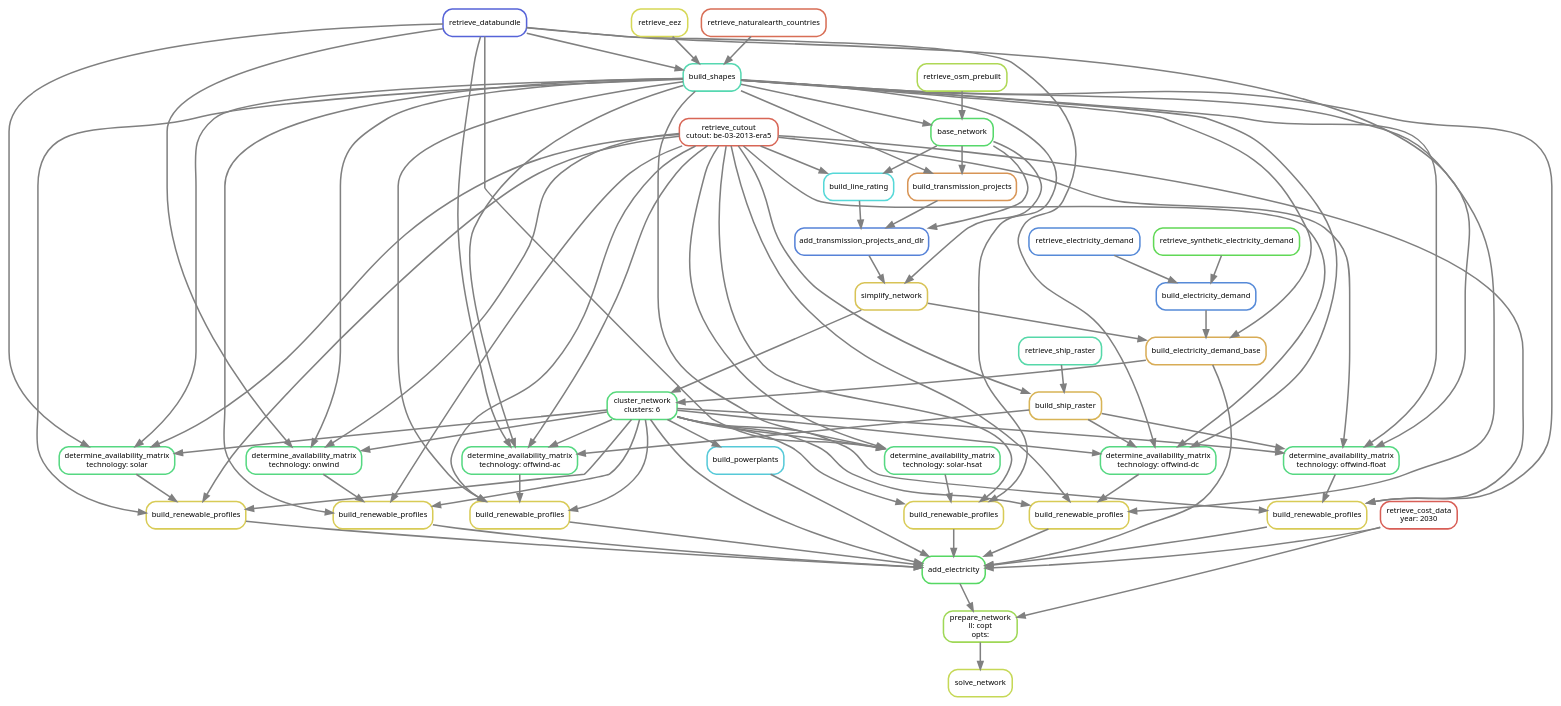
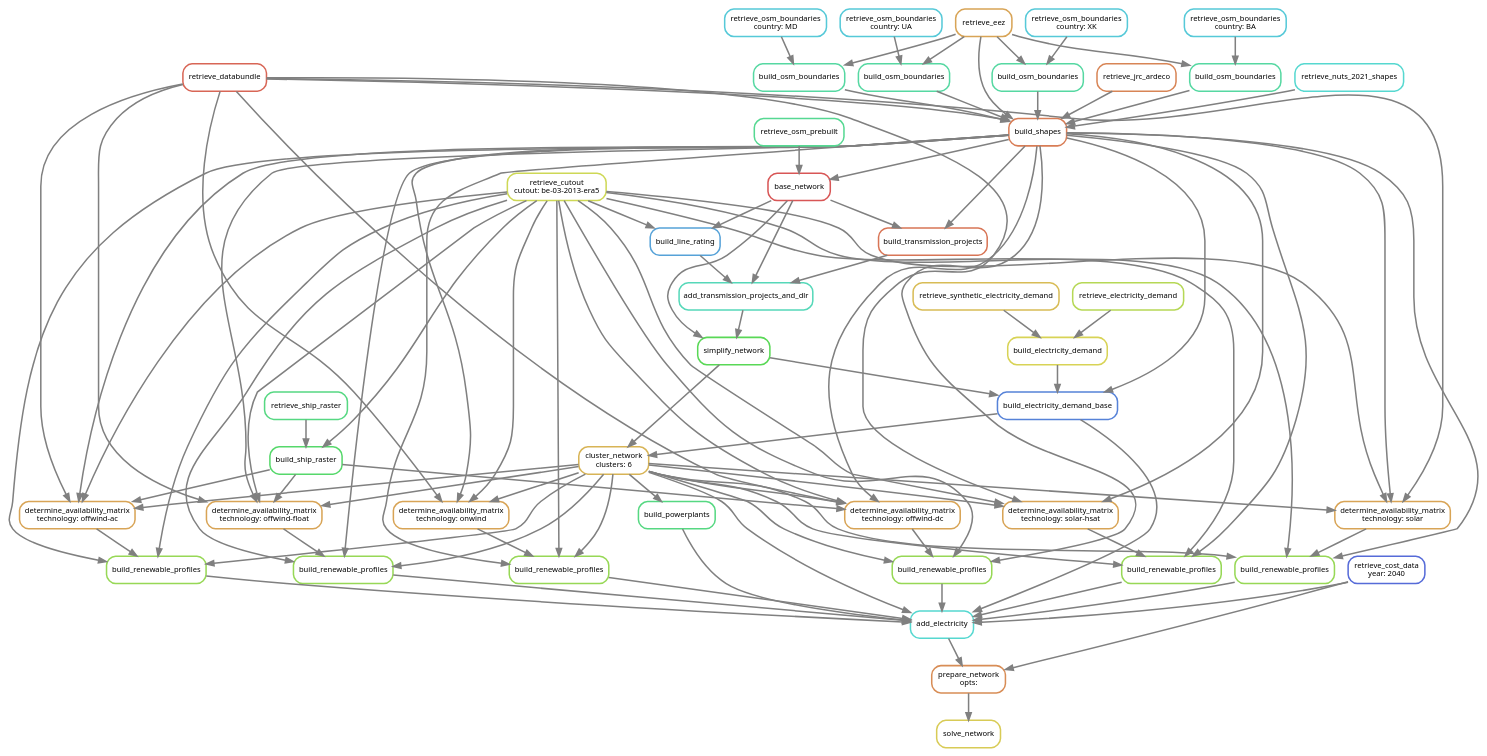
Before and after one commit to AGGM-AG/pypsa-at: the diagram in doc/tutorial.rst, drawn with Graphviz. The commit also changed other lines of this file and 64 other files, not shown here.

```diff
--- a/doc/tutorial.rst
+++ b/doc/tutorial.rst
@@ -132,127 +132,149 @@
         graph[bgcolor=white, margin=0];
         node[shape=box, style=rounded, fontname=sans,                 fontsize=10, penwidth=2];
         edge[penwidth=2, color=grey];
-            0[label = "solve_network", color = "0.19 0.6 0.85", style="rounded"];
-            1[label = "prepare_network\nll: copt\nopts: ", color = "0.24 0.6 0.85", style="rounded"];
-            2[label = "add_electricity", color = "0.35 0.6 0.85", style="rounded"];
-            3[label = "build_renewable_profiles", color = "0.15 0.6 0.85", style="rounded"];
-            4[label = "determine_availability_matrix\ntechnology: solar", color = "0.39 0.6 0.85", style="rounded"];
-            5[label = "retrieve_databundle", color = "0.65 0.6 0.85", style="rounded"];
-            6[label = "build_shapes", color = "0.45 0.6 0.85", style="rounded"];
-            7[label = "retrieve_naturalearth_countries", color = "0.03 0.6 0.85", style="rounded"];
-            8[label = "retrieve_eez", color = "0.17 0.6 0.85", style="rounded"];
-            9[label = "cluster_network\nclusters: 6", color = "0.38 0.6 0.85", style="rounded"];
-            10[label = "simplify_network", color = "0.14 0.6 0.85", style="rounded"];
-            11[label = "add_transmission_projects_and_dlr", color = "0.61 0.6 0.85", style="rounded"];
-            12[label = "base_network", color = "0.36 0.6 0.85", style="rounded"];
-            13[label = "retrieve_osm_prebuilt", color = "0.22 0.6 0.85", style="rounded"];
-            14[label = "build_line_rating", color = "0.50 0.6 0.85", style="rounded"];
-            15[label = "retrieve_cutout\ncutout: be-03-2013-era5", color = "0.02 0.6 0.85", style="rounded"];
-            16[label = "build_transmission_projects", color = "0.08 0.6 0.85", style="rounded"];
-            17[label = "build_electricity_demand_base", color = "0.11 0.6 0.85", style="rounded"];
-            18[label = "build_electricity_demand", color = "0.60 0.6 0.85", style="rounded"];
-            19[label = "retrieve_electricity_demand", color = "0.60 0.6 0.85", style="rounded"];
-            20[label = "retrieve_synthetic_electricity_demand", color = "0.32 0.6 0.85", style="rounded"];
-            21[label = "build_renewable_profiles", color = "0.15 0.6 0.85", style="rounded"];
-            22[label = "determine_availability_matrix\ntechnology: solar-hsat", color = "0.39 0.6 0.85", style="rounded"];
-            23[label = "build_renewable_profiles", color = "0.15 0.6 0.85", style="rounded"];
-            24[label = "determine_availability_matrix\ntechnology: onwind", color = "0.39 0.6 0.85", style="rounded"];
-            25[label = "build_renewable_profiles", color = "0.15 0.6 0.85", style="rounded"];
-            26[label = "determine_availability_matrix\ntechnology: offwind-ac", color = "0.39 0.6 0.85", style="rounded"];
-            27[label = "build_ship_raster", color = "0.12 0.6 0.85", style="rounded"];
-            28[label = "retrieve_ship_raster", color = "0.44 0.6 0.85", style="rounded"];
-            29[label = "build_renewable_profiles", color = "0.15 0.6 0.85", style="rounded"];
-            30[label = "determine_availability_matrix\ntechnology: offwind-dc", color = "0.39 0.6 0.85", style="rounded"];
-            31[label = "build_renewable_profiles", color = "0.15 0.6 0.85", style="rounded"];
-            32[label = "determine_availability_matrix\ntechnology: offwind-float", color = "0.39 0.6 0.85", style="rounded"];
-            33[label = "retrieve_cost_data\nyear: 2030", color = "0.01 0.6 0.85", style="rounded"];
-            34[label = "build_powerplants", color = "0.52 0.6 0.85", style="rounded"];
+            0[label = "solve_network", color = "0.15 0.6 0.85", style="rounded"];
+            1[label = "prepare_network\nopts: ", color = "0.07 0.6 0.85", style="rounded"];
+            2[label = "add_electricity", color = "0.49 0.6 0.85", style="rounded"];
+            3[label = "build_renewable_profiles", color = "0.25 0.6 0.85", style="rounded"];
+            4[label = "determine_availability_matrix\ntechnology: solar", color = "0.10 0.6 0.85", style="rounded"];
+            5[label = "retrieve_databundle", color = "0.02 0.6 0.85", style="rounded"];
+            6[label = "build_shapes", color = "0.05 0.6 0.85", style="rounded"];
+            7[label = "retrieve_eez", color = "0.10 0.6 0.85", style="rounded"];
+            8[label = "retrieve_nuts_2021_shapes", color = "0.49 0.6 0.85", style="rounded"];
+            9[label = "build_osm_boundaries", color = "0.43 0.6 0.85", style="rounded"];
+            10[label = "retrieve_osm_boundaries\ncountry: BA", color = "0.52 0.6 0.85", style="rounded"];
+            11[label = "build_osm_boundaries", color = "0.43 0.6 0.85", style="rounded"];
+            12[label = "retrieve_osm_boundaries\ncountry: MD", color = "0.52 0.6 0.85", style="rounded"];
+            13[label = "build_osm_boundaries", color = "0.43 0.6 0.85", style="rounded"];
+            14[label = "retrieve_osm_boundaries\ncountry: UA", color = "0.52 0.6 0.85", style="rounded"];
+            15[label = "build_osm_boundaries", color = "0.43 0.6 0.85", style="rounded"];
+            16[label = "retrieve_osm_boundaries\ncountry: XK", color = "0.52 0.6 0.85", style="rounded"];
+            17[label = "retrieve_jrc_ardeco", color = "0.06 0.6 0.85", style="rounded"];
+            18[label = "cluster_network\nclusters: 6", color = "0.12 0.6 0.85", style="rounded"];
+            19[label = "simplify_network", color = "0.33 0.6 0.85", style="rounded"];
+            20[label = "add_transmission_projects_and_dlr", color = "0.46 0.6 0.85", style="rounded"];
+            21[label = "base_network", color = "0.00 0.6 0.85", style="rounded"];
+            22[label = "retrieve_osm_prebuilt", color = "0.41 0.6 0.85", style="rounded"];
+            23[label = "build_line_rating", color = "0.57 0.6 0.85", style="rounded"];
+            24[label = "retrieve_cutout\ncutout: be-03-2013-era5", color = "0.18 0.6 0.85", style="rounded"];
+            25[label = "build_transmission_projects", color = "0.04 0.6 0.85", style="rounded"];
+            26[label = "build_electricity_demand_base", color = "0.61 0.6 0.85", style="rounded"];
+            27[label = "build_electricity_demand", color = "0.16 0.6 0.85", style="rounded"];
+            28[label = "retrieve_electricity_demand", color = "0.21 0.6 0.85", style="rounded"];
+            29[label = "retrieve_synthetic_electricity_demand", color = "0.13 0.6 0.85", style="rounded"];
+            30[label = "build_renewable_profiles", color = "0.25 0.6 0.85", style="rounded"];
+            31[label = "determine_availability_matrix\ntechnology: solar-hsat", color = "0.10 0.6 0.85", style="rounded"];
+            32[label = "build_renewable_profiles", color = "0.25 0.6 0.85", style="rounded"];
+            33[label = "determine_availability_matrix\ntechnology: onwind", color = "0.10 0.6 0.85", style="rounded"];
+            34[label = "build_renewable_profiles", color = "0.25 0.6 0.85", style="rounded"];
+            35[label = "determine_availability_matrix\ntechnology: offwind-ac", color = "0.10 0.6 0.85", style="rounded"];
+            36[label = "build_ship_raster", color = "0.36 0.6 0.85", style="rounded"];
+            37[label = "retrieve_ship_raster", color = "0.39 0.6 0.85", style="rounded"];
+            38[label = "build_renewable_profiles", color = "0.25 0.6 0.85", style="rounded"];
+            39[label = "determine_availability_matrix\ntechnology: offwind-dc", color = "0.10 0.6 0.85", style="rounded"];
+            40[label = "build_renewable_profiles", color = "0.25 0.6 0.85", style="rounded"];
+            41[label = "determine_availability_matrix\ntechnology: offwind-float", color = "0.10 0.6 0.85", style="rounded"];
+            42[label = "retrieve_cost_data\nyear: 2040", color = "0.64 0.6 0.85", style="rounded"];
+            43[label = "build_powerplants", color = "0.39 0.6 0.85", style="rounded"];
             1 -> 0
             2 -> 1
-            33 -> 1
+            42 -> 1
             3 -> 2
-            21 -> 2
-            23 -> 2
-            25 -> 2
-            29 -> 2
-            31 -> 2
-            9 -> 2
-            33 -> 2
+            30 -> 2
+            32 -> 2
             34 -> 2
-            17 -> 2
+            38 -> 2
+            40 -> 2
+            18 -> 2
+            42 -> 2
+            43 -> 2
+            26 -> 2
             4 -> 3
             6 -> 3
-            9 -> 3
-            15 -> 3
+            18 -> 3
+            24 -> 3
             5 -> 4
             6 -> 4
-            9 -> 4
-            15 -> 4
+            18 -> 4
+            24 -> 4
             7 -> 6
             8 -> 6
+            9 -> 6
+            11 -> 6
+            13 -> 6
+            15 -> 6
+            17 -> 6
             5 -> 6
             10 -> 9
-            17 -> 9
-            11 -> 10
-            12 -> 10
+            7 -> 9
             12 -> 11
-            14 -> 11
-            16 -> 11
-            13 -> 12
-            6 -> 12
-            12 -> 14
-            15 -> 14
-            12 -> 16
-            6 -> 16
-            10 -> 17
-            6 -> 17
-            18 -> 17
+            7 -> 11
+            14 -> 13
+            7 -> 13
+            16 -> 15
+            7 -> 15
             19 -> 18
-            20 -> 18
+            26 -> 18
+            20 -> 19
+            21 -> 19
+            21 -> 20
+            23 -> 20
+            25 -> 20
             22 -> 21
             6 -> 21
-            9 -> 21
-            15 -> 21
-            5 -> 22
-            6 -> 22
-            9 -> 22
-            15 -> 22
+            21 -> 23
             24 -> 23
-            6 -> 23
-            9 -> 23
-            15 -> 23
-            5 -> 24
-            6 -> 24
-            9 -> 24
-            15 -> 24
-            26 -> 25
+            21 -> 25
             6 -> 25
-            9 -> 25
-            15 -> 25
-            5 -> 26
+            19 -> 26
+            6 -> 26
             27 -> 26
-            6 -> 26
-            9 -> 26
-            15 -> 26
             28 -> 27
-            15 -> 27
-            30 -> 29
-            6 -> 29
-            9 -> 29
-            15 -> 29
-            5 -> 30
-            27 -> 30
+            29 -> 27
+            31 -> 30
             6 -> 30
-            9 -> 30
-            15 -> 30
-            32 -> 31
+            18 -> 30
+            24 -> 30
+            5 -> 31
             6 -> 31
-            9 -> 31
-            15 -> 31
-            5 -> 32
-            27 -> 32
+            18 -> 31
+            24 -> 31
+            33 -> 32
             6 -> 32
-            9 -> 32
-            15 -> 32
-            9 -> 34
-    }
+            18 -> 32
+            24 -> 32
+            5 -> 33
+            6 -> 33
+            18 -> 33
+            24 -> 33
+            35 -> 34
+            6 -> 34
+            18 -> 34
+            24 -> 34
+            5 -> 35
+            36 -> 35
+            6 -> 35
+            18 -> 35
+            24 -> 35
+            37 -> 36
+            24 -> 36
+            39 -> 38
+            6 -> 38
+            18 -> 38
+            24 -> 38
+            5 -> 39
+            36 -> 39
+            6 -> 39
+            18 -> 39
+            24 -> 39
+            41 -> 40
+            6 -> 40
+            18 -> 40
+            24 -> 40
+            5 -> 41
+            36 -> 41
+            6 -> 41
+            18 -> 41
+            24 -> 41
+            18 -> 43
+    }     
```
